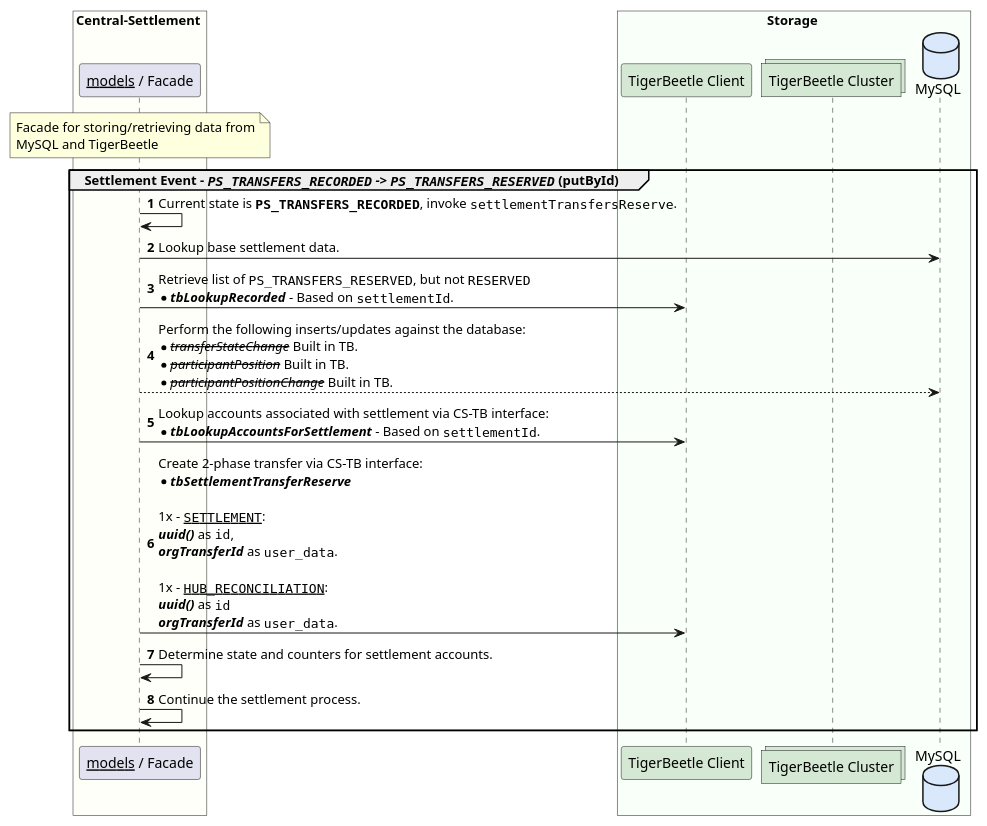
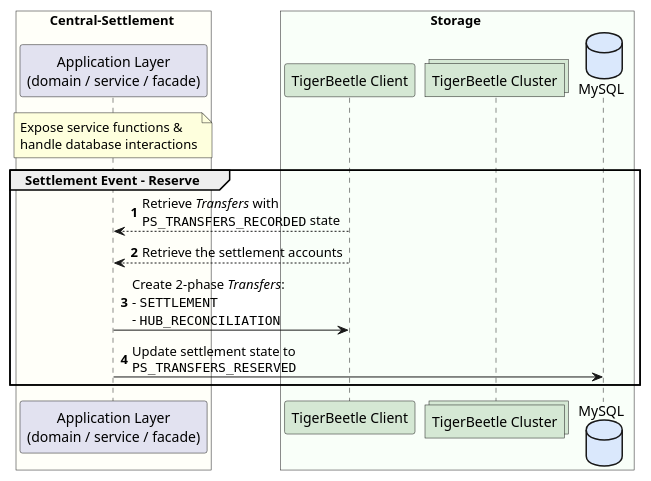
One commit to coilhq/mucoa changed the diagram in solution_design/sequence-settlement-tb-enabled-update-by-id-02.puml. Above: the diagram before and after it, drawn with PlantUML. The commit also changed 28 other files, not shown here.

```diff
--- a/solution_design/sequence-settlement-tb-enabled-update-by-id-02.puml
+++ b/solution_design/sequence-settlement-tb-enabled-update-by-id-02.puml
@@ -1,30 +1,33 @@
 @startuml
 
 box Central-Settlement #FFFFF9
-    participant "__models__ / Facade" as cs_facade
+    participant "Application Layer\n(domain / service / facade)" as cs_domain
 
-    note over cs_facade
-        Facade for storing/retrieving data from
-        MySQL and TigerBeetle
+    note over cs_domain
+        Expose service functions &
+        handle database interactions
     end note
 end box
 
 box Storage #F9FFF9
 	participant "TigerBeetle Client" as tb_client #D5E8D4
 	collections "TigerBeetle Cluster" as tb_nodes #D5E8D4
-	database "MySQL" as cl_db #DAE8FC
+	database "MySQL" as cs_db #DAE8FC
 end box
 
 autonumber
-group Settlement Event - //""PS_TRANSFERS_RECORDED"" -> ""PS_TRANSFERS_RESERVED""// (putById)
-    cs_facade -> cs_facade : Current state is **""PS_TRANSFERS_RECORDED""**, invoke ""settlementTransfersReserve"".
-    cs_facade -> cl_db : Lookup base settlement data.
-    cs_facade -> tb_client : Retrieve list of ""PS_TRANSFERS_RESERVED"", but not ""RESERVED""\n*//**tbLookupRecorded**// - Based on ""settlementId"".
-    cs_facade --> cl_db : Perform the following inserts/updates against the database:\n*--//transferStateChange//-- Built in TB.\n*--//participantPosition//-- Built in TB.\n*--//participantPositionChange//-- Built in TB.
-    cs_facade -> tb_client : Lookup accounts associated with settlement via CS-TB interface:\n*//**tbLookupAccountsForSettlement**// - Based on ""settlementId"".
-    cs_facade -> tb_client : Create 2-phase transfer via CS-TB interface:\n*//**tbSettlementTransferReserve**//\n\n1x - __""SETTLEMENT""__:\n**//uuid()//** as ""id"",\n**//orgTransferId//** as ""user_data"".\n\n1x - __""HUB_RECONCILIATION""__:\n**//uuid()//** as ""id""\n**//orgTransferId//** as ""user_data"".
-    cs_facade -> cs_facade : Determine state and counters for settlement accounts.
-    cs_facade -> cs_facade : Continue the settlement process.
+group Settlement Event - Reserve
+    'cs_domain -> cs_domain : Current state is **""PS_TRANSFERS_RECORDED""**, invoke ""settlementTransfersReserve"".
+    'cs_domain -> cs_db : Lookup base settlement data.
+    cs_domain <-- tb_client : Retrieve //Transfers// with \n""PS_TRANSFERS_RECORDED"" state
+    cs_domain <-- tb_client : Retrieve the settlement accounts
+    cs_domain -> tb_client : Create 2-phase //Transfers//:\n- ""SETTLEMENT""\n- ""HUB_RECONCILIATION""
+    cs_domain -> cs_db : Update settlement state to \n""PS_TRANSFERS_RESERVED""
+    'cs_domain --> cs_db : Perform the following inserts/updates against the database:\n*--//transferStateChange//-- Built in TB.\n*--//participantPosition//-- Built in TB.\n*--//participantPositionChange//-- Built in TB.
+    'cs_domain -> tb_client : Lookup accounts associated with settlement via CS-TB interface:\n*//**tbLookupAccountsForSettlement**// - Based on ""settlementId"".
+    'cs_domain -> tb_client : Create 2-phase transfer via CS-TB interface:\n*//**tbSettlementTransferReserve**//\n\n1x - __""SETTLEMENT""__:\n**//uuid()//** as ""id"",\n**//orgTransferId//** as ""user_data"".\n\n1x - __""HUB_RECONCILIATION""__:\n**//uuid()//** as ""id""\n**//orgTransferId//** as ""user_data"".
+    'cs_domain -> cs_domain : Determine state and counters for settlement accounts.
+    'cs_domain -> cs_domain : Continue the settlement process.
 end
 
 @enduml
```
